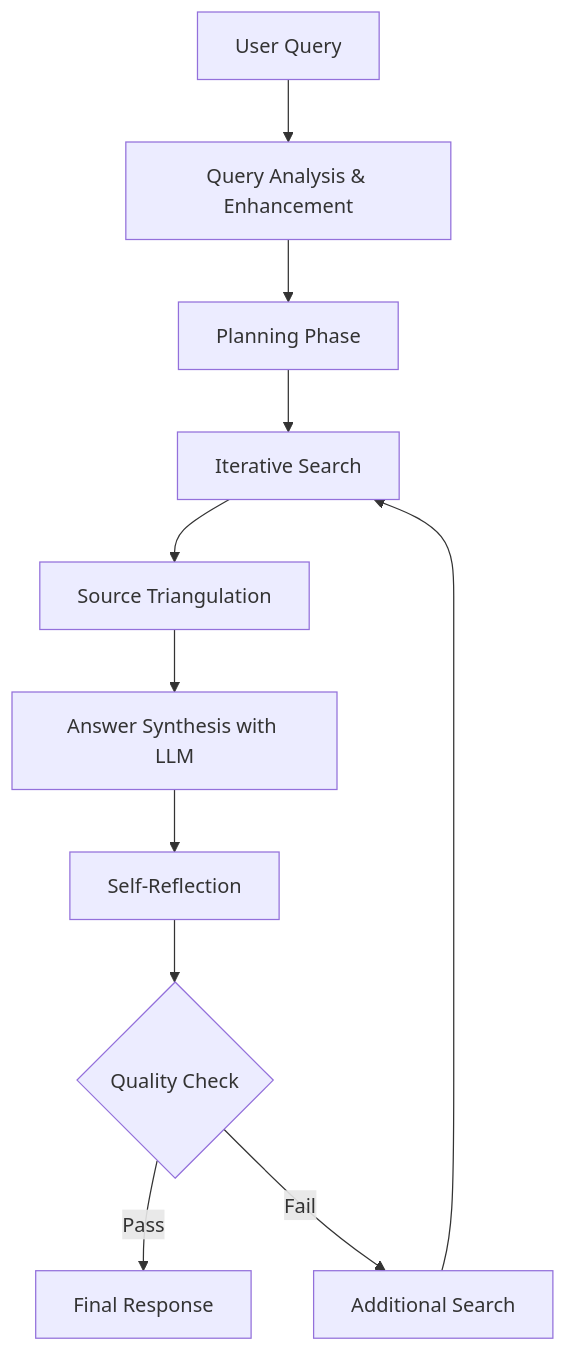
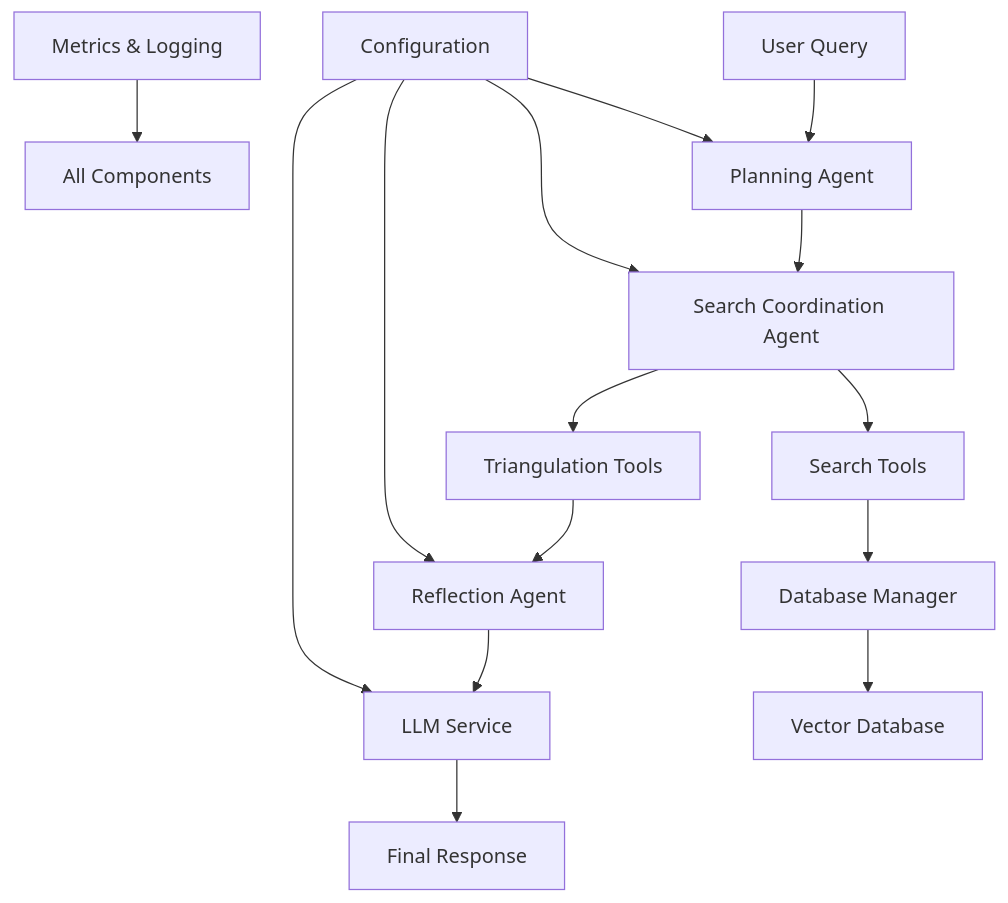
The first of 3 diagrams in agentic_rag_agent/README.md (eloyf26/advanced_rag), drawn with Mermaid before and after one commit. The commit also changed other lines of this file and 4 other files, not shown here.

````diff
--- a/agentic_rag_agent/README.md
+++ b/agentic_rag_agent/README.md
@@ -52,13 +29,19 @@
 ```mermaid
-graph TD
-    A[User Query] --> B[Query Analysis & Enhancement]
-    B --> C[Planning Phase]
-    C --> D[Iterative Search]
-    D --> E[Source Triangulation]
-    E --> F[Answer Synthesis with LLM]
-    F --> G[Self-Reflection]
-    G --> H{Quality Check}
-    H -->|Pass| I[Final Response]
-    H -->|Fail| J[Additional Search]
-    J --> D
+graph TB
+    A[User Query] --> B[Planning Agent]
+    B --> C[Search Coordination Agent]
+    C --> D[Search Tools]
+    D --> E[Database Manager]
+    E --> F[Vector Database]
+    C --> G[Triangulation Tools]
+    G --> H[Reflection Agent]
+    H --> I[LLM Service]
+    I --> J[Final Response]
+    
+    K[Configuration] --> B
+    K --> C
+    K --> H
+    K --> I
+    
+    L[Metrics & Logging] --> M[All Components]
 ```
````
